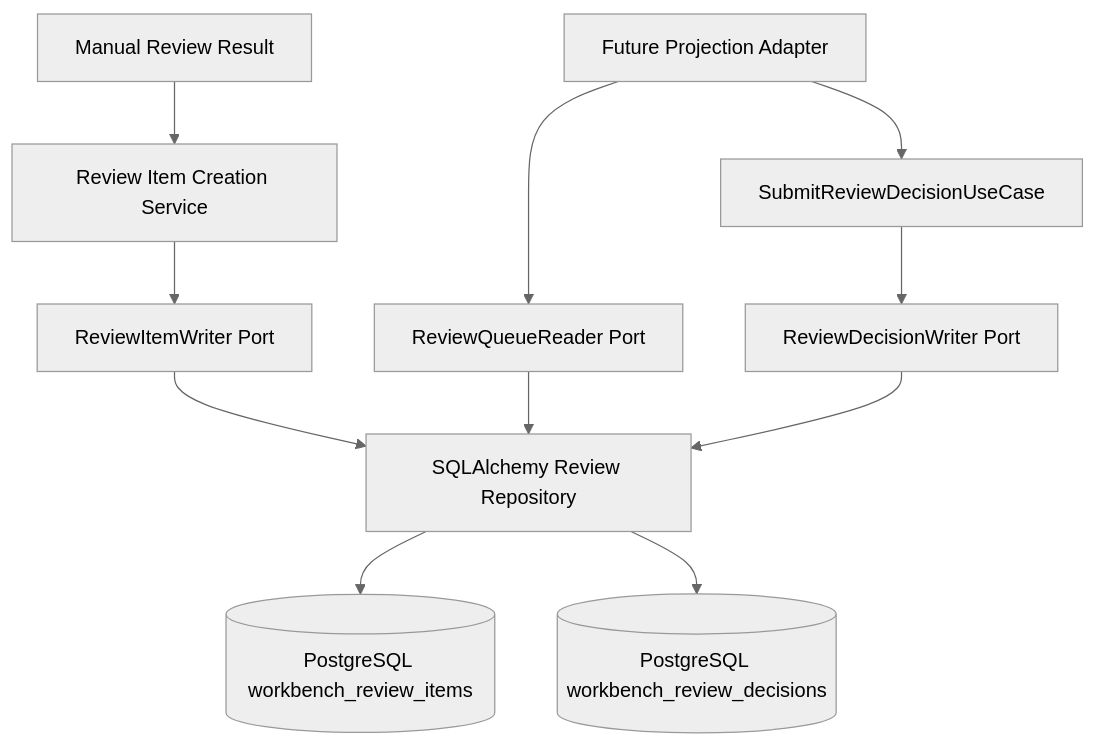
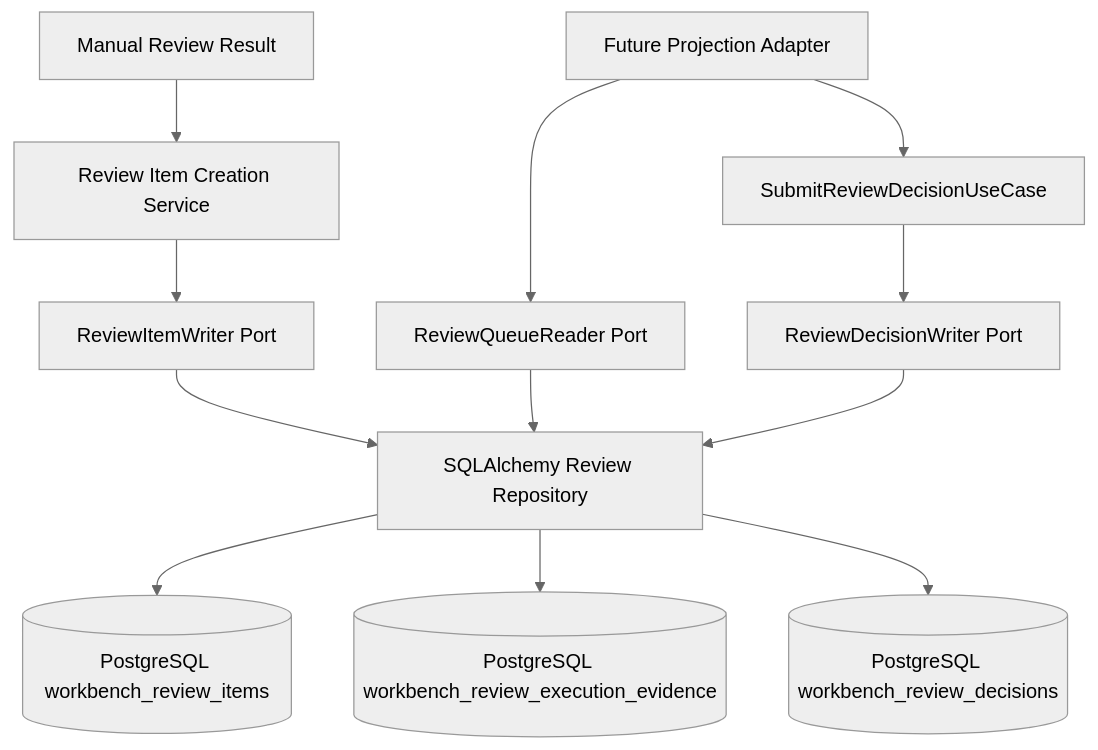
One commit to odurmazoglu/ict-integration-hub changed the second of 4 diagrams in docs/IMPORT_WORKBENCH.md. Above: the diagram before and after it, drawn with Mermaid (neutral theme). The commit also changed other lines of this file and 20 other files, not shown here.

Commit message:
Persist pre-decision review execution evidence

````diff
--- a/docs/IMPORT_WORKBENCH.md
+++ b/docs/IMPORT_WORKBENCH.md
@@ -130,24 +134,26 @@
 ```mermaid
 flowchart TB
     ManualReview[Manual Review Result]
     Service[Review Item Creation Service]
     Writer[ReviewItemWriter Port]
     Repository[SQLAlchemy Review Repository]
     ReviewItems[(PostgreSQL workbench_review_items)]
+    ReviewEvidence[(PostgreSQL workbench_review_execution_evidence)]
     Decisions[(PostgreSQL workbench_review_decisions)]
     ProjectionAdapter[Future Projection Adapter]
     Reader[ReviewQueueReader Port]
     Submit[SubmitReviewDecisionUseCase]
     DecisionWriter[ReviewDecisionWriter Port]
 
     ManualReview --> Service
     Service --> Writer
     Writer --> Repository
     Repository --> ReviewItems
+    Repository --> ReviewEvidence
     Repository --> Decisions
     ProjectionAdapter --> Reader
     Reader --> Repository
     ProjectionAdapter --> Submit
     Submit --> DecisionWriter
     DecisionWriter --> Repository
 ```
````
